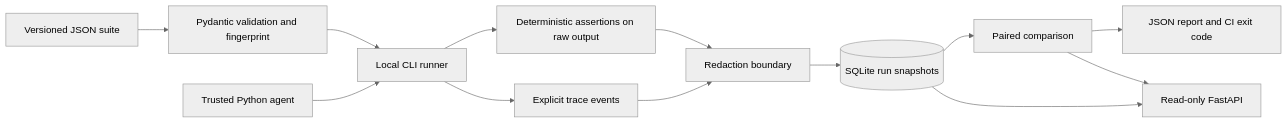
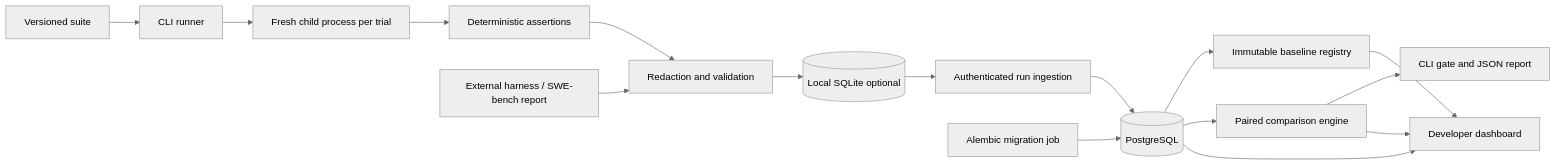
The diagram in docs/architecture.md (RSidhu04/tracewright), drawn with Mermaid (neutral theme) before and after one commit. The commit also changed other lines of this file and 10 other files, not shown here.

Commit message:
docs: document verified deployment, statistical limits, and SWE-bench import demo

````diff
--- a/docs/architecture.md
+++ b/docs/architecture.md
@@ -3,15 +3,18 @@
 ```mermaid
 flowchart LR
-    S[Versioned JSON suite] --> V[Pydantic validation and fingerprint]
-    V --> R[Local CLI runner]
-    A[Trusted Python agent] --> R
-    R --> C[Deterministic assertions on raw output]
-    R --> T[Explicit trace events]
-    C --> X[Redaction boundary]
-    T --> X
-    X --> D[(SQLite run snapshots)]
-    D --> P[Paired comparison]
-    P --> J[JSON report and CI exit code]
-    D --> F[Read-only FastAPI]
-    P --> F
+  S[Versioned suite] --> CLI[CLI runner]
+  CLI --> W[Fresh child process per trial]
+  W --> A[Deterministic assertions]
+  A --> R[Redaction and validation]
+  E[External harness / SWE-bench report] --> R
+  R --> L[(Local SQLite optional)]
+  L --> I[Authenticated run ingestion]
+  I --> P[(PostgreSQL)]
+  M[Alembic migration job] --> P
+  P --> B[Immutable baseline registry]
+  P --> C[Paired comparison engine]
+  C --> G[CLI gate and JSON report]
+  C --> D[Developer dashboard]
+  B --> D
+  P --> D
 ```
````
